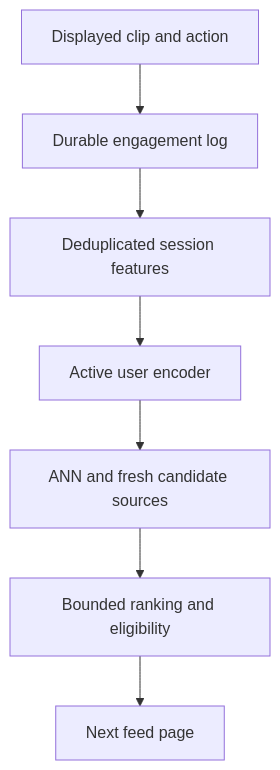
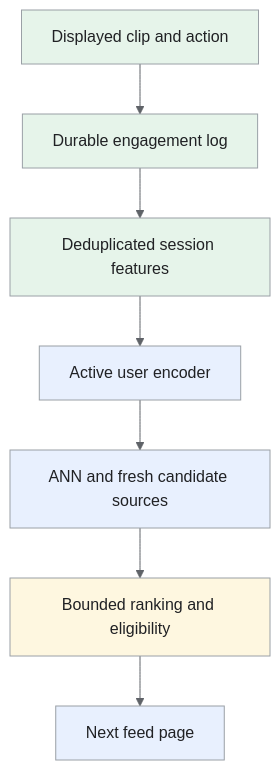
Before and after one commit to iliazlobin/iliazlobin.github.io: the third of 3 diagrams in _designs/system-design-tiktok-reels.md, drawn with Mermaid. The commit also changed other lines of this file and 25 other files, not shown here.

Commit message:
docs: explain Batch B design flows and tradeoffs

````diff
--- a/_designs/system-design-tiktok-reels.md
+++ b/_designs/system-design-tiktok-reels.md
@@ -217,9 +263,17 @@
 ```mermaid
+%%{init: {'theme':'base','themeVariables':{'primaryColor':'#e8f0fe','primaryTextColor':'#202124','primaryBorderColor':'#9aa0a6','lineColor':'#5f6368','secondaryColor':'#e6f4ea','tertiaryColor':'#fef7e0','actorBkg':'#e8f0fe','actorBorder':'#9aa0a6','actorTextColor':'#202124','noteBkgColor':'#fef7e0','noteTextColor':'#202124','noteBorderColor':'#9aa0a6','signalColor':'#5f6368','signalTextColor':'#202124','labelBoxBkgColor':'#fef7e0','labelBoxBorderColor':'#9aa0a6'}}}%%
 flowchart TB
     A["Displayed clip and action"] --> L["Durable engagement log"]
     L --> F["Deduplicated session features"]
     F --> U["Active user encoder"]
     U --> C["ANN and fresh candidate sources"]
     C --> R["Bounded ranking and eligibility"]
     R --> N["Next feed page"]
+classDef request fill:#e8f0fe,stroke:#9aa0a6,color:#202124;
+classDef data fill:#e6f4ea,stroke:#9aa0a6,color:#202124;
+classDef control fill:#fef7e0,stroke:#9aa0a6,color:#202124;
+class U,C,N request;
+class A,L,F data;
+class R control;
+
 ```
````
